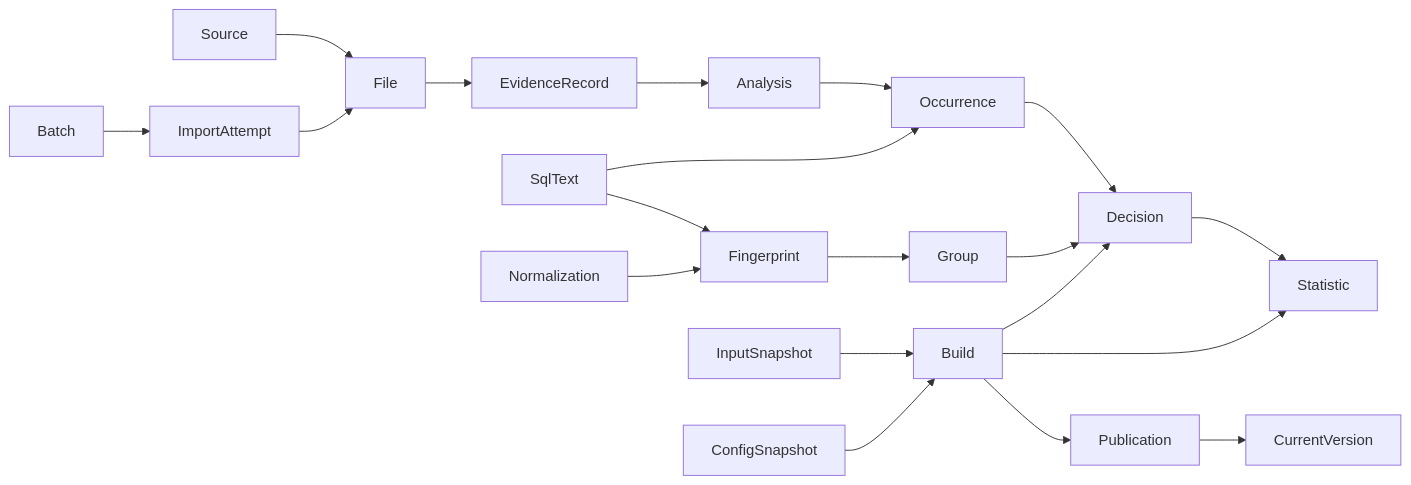
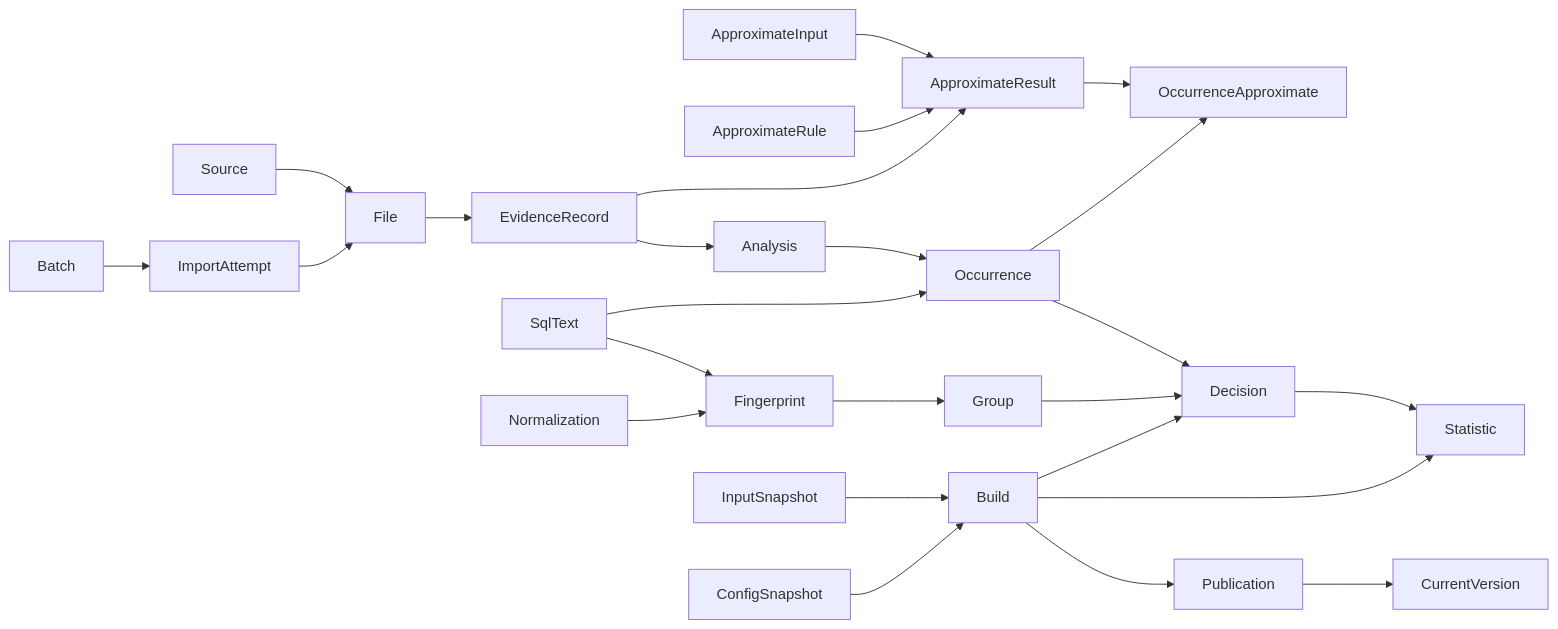
Before and after one commit to shenxg13/sql-apm: the diagram in .project-wiki/contracts/offline-data-contract.md, drawn with Mermaid. The commit also changed other lines of this file and 24 other files, not shown here.

````diff
--- a/.project-wiki/contracts/offline-data-contract.md
+++ b/.project-wiki/contracts/offline-data-contract.md
@@ -73,22 +75,27 @@
 ```mermaid
 flowchart LR
   Source --> File
   Batch --> ImportAttempt
   ImportAttempt --> File
   File --> EvidenceRecord
   EvidenceRecord --> Analysis
   Analysis --> Occurrence
   SqlText --> Occurrence
   SqlText --> Fingerprint
+  ApproximateInput --> ApproximateResult
+  ApproximateRule --> ApproximateResult
+  EvidenceRecord --> ApproximateResult
+  ApproximateResult --> OccurrenceApproximate
+  Occurrence --> OccurrenceApproximate
   Normalization --> Fingerprint
   Fingerprint --> Group
   Occurrence --> Decision
   Group --> Decision
   InputSnapshot --> Build
   ConfigSnapshot --> Build
   Build --> Decision
   Decision --> Statistic
   Build --> Statistic
   Build --> Publication
   Publication --> CurrentVersion
 ```
````
